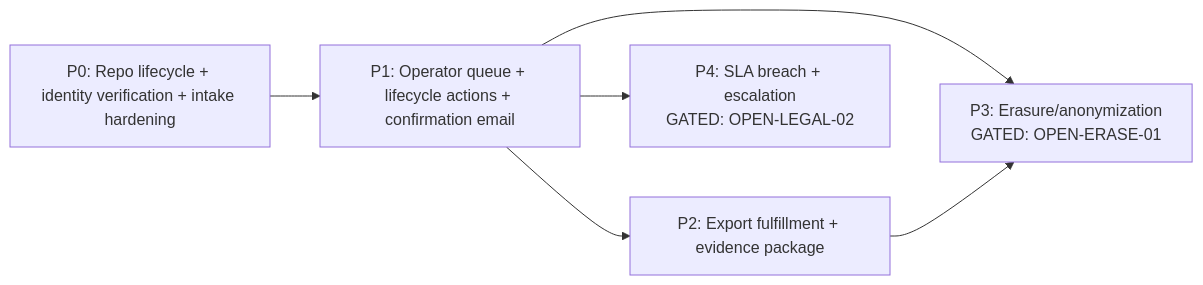
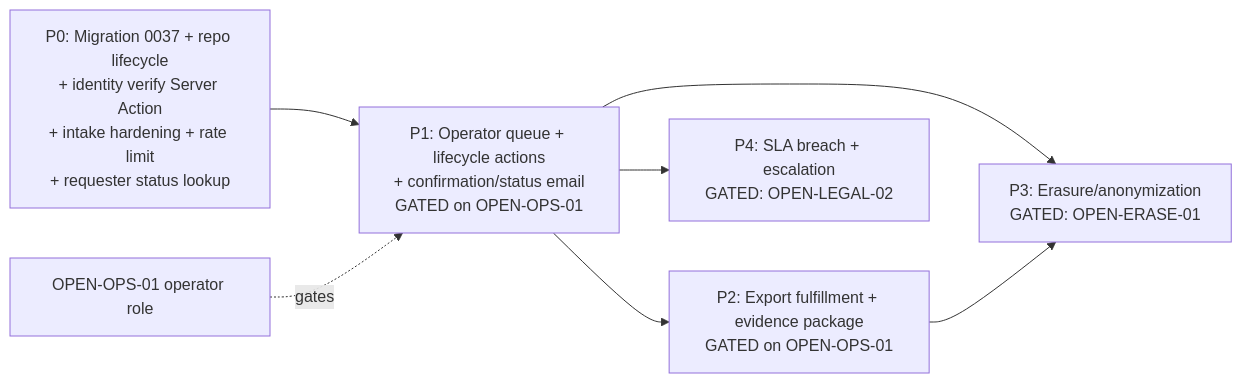
One commit to pjel888/archestimator changed the diagram in .ai/03_plans/2026-07-07-privacy-request-operations-and-erasure-workflow/README.md. Above: the diagram before and after it, drawn with Mermaid. The commit also changed other lines of this file and 146 other files, not shown here.

````diff
--- a/.ai/03_plans/2026-07-07-privacy-request-operations-and-erasure-workflow/README.md
+++ b/.ai/03_plans/2026-07-07-privacy-request-operations-and-erasure-workflow/README.md
@@ -41,13 +45,15 @@
 ```mermaid
 flowchart LR
-  P0[P0: Repo lifecycle + identity verification + intake hardening]
-  P1[P1: Operator queue + lifecycle actions + confirmation email]
-  P2[P2: Export fulfillment + evidence package]
+  P0[P0: Migration 0037 + repo lifecycle\n+ identity verify Server Action\n+ intake hardening + rate limit\n+ requester status lookup]
+  P1[P1: Operator queue + lifecycle actions\n+ confirmation/status email\nGATED on OPEN-OPS-01]
+  P2[P2: Export fulfillment + evidence package\nGATED on OPEN-OPS-01]
   P3[P3: Erasure/anonymization\nGATED: OPEN-ERASE-01]
   P4[P4: SLA breach + escalation\nGATED: OPEN-LEGAL-02]
+  OPS[OPEN-OPS-01 operator role]
   P0 --> P1
   P1 --> P2
   P1 --> P3
   P2 --> P3
   P1 --> P4
+  OPS -. gates .-> P1
 ```
````
